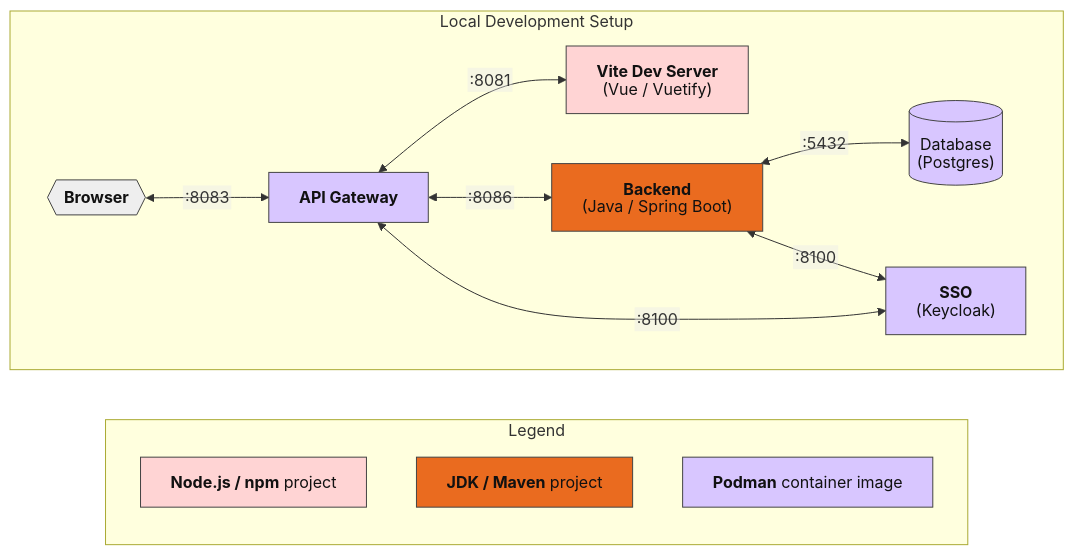
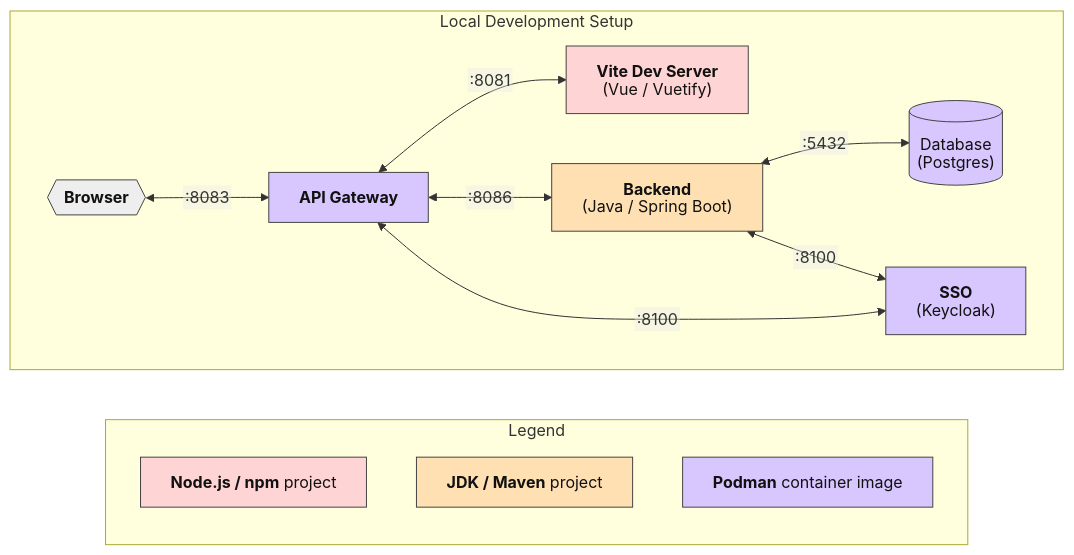
One commit to it-at-m/refarch changed the diagram in docs/templates/develop.md. Above: the diagram before and after it, drawn with Mermaid.

Commit message:
:wheelchair: Fixed constract of maven color

````diff
--- a/docs/templates/develop.md
+++ b/docs/templates/develop.md
@@ -15,52 +15,52 @@
 ```mermaid
 ---
 config:
   htmlLabels: false
 ---
 flowchart LR
     classDef browser fill:#eeeeee,stroke:#444,color:#111;
     classDef pod fill:#d8c6ff,stroke:#444,color:#111;
-    classDef maven fill:#ea6b1f,stroke:#444,color:#111;
+    classDef maven fill:#ffe0b2,stroke:#444,color:#111;
     classDef npm fill:#ffd4d4,stroke:#444,color:#111;
 
     subgraph Legend
         NODE["`**Node.js / npm**`" project]
         MAVEN["`**JDK / Maven**`" project]
         POD["`**Podman**`" container image]
 
         class NODE npm;
         class MAVEN maven;
         class POD pod;
     end
 
     subgraph Local Development Setup
         direction LR
         B{{"`**Browser**`"}}
         AG["`**API Gateway**`"]
         FE["`**Vite Dev Server**<br/> (Vue / Vuetify)`"]
         BE["`**Backend**<br/> (Java / Spring Boot)`"]
         DB@{ shape: db, label: Database<br/> (Postgres)}
         KC["`**SSO**<br/> (Keycloak)`"]
 
         %% Main application flow
         B <-- :8083 --> AG
         AG <-- :8081 --> FE
         AG <-- :8086 --> BE
         BE <-- :5432 --> DB
 
         %% Authentication
         AG <-- :8100 --> KC
         BE <-- :8100 --> KC
 
         class B browser;
         class AG,KC,DB pod;
         class BE maven;
         class FE npm;
 
         click AG "../gateway"
         click FE "./develop#vite"
         click BE "./develop#maven"
         click DB "https://www.postgresql.org/"
         click KC "https://www.keycloak.org/"
     end
 ```
````
